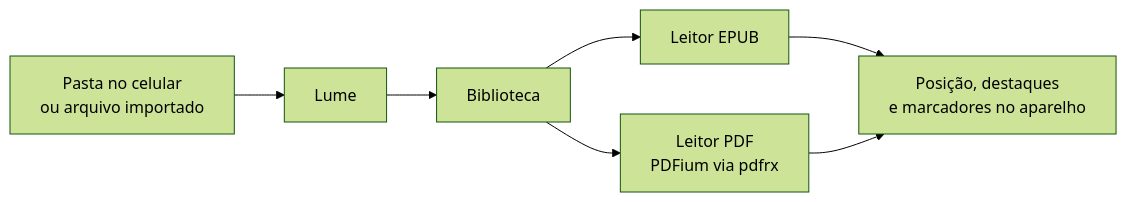
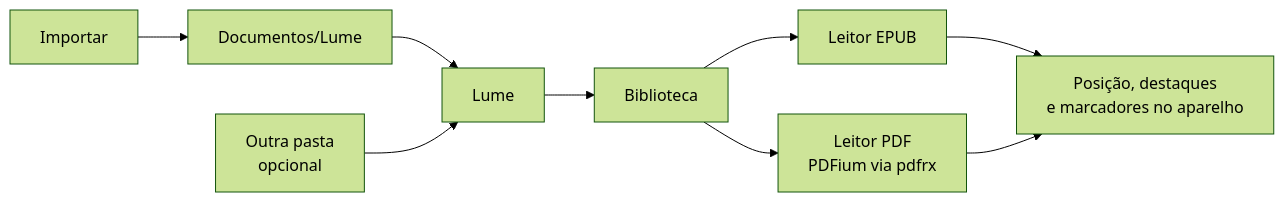
The diagram in README.md (heliorosadoneto/lume), drawn with Mermaid (forest theme) before and after one commit. The commit also changed other lines of this file and 92 other files, not shown here.

First line of the commit message:
Pasta do Lume, Importar vários arquivos, TXT e ícone novo (1.3.0 em aprovação)

````diff
--- a/README.md
+++ b/README.md
@@ -113,9 +159,11 @@
 ```mermaid
 flowchart LR
-  A[Pasta no celular<br>ou arquivo importado] --> B[Lume]
+  I[Importar] --> L[Documentos/Lume]
+  L --> B[Lume]
+  A[Outra pasta<br>opcional] --> B
   B --> C[Biblioteca]
   C --> D[Leitor EPUB]
   C --> P[Leitor PDF<br>PDFium via pdfrx]
   D --> E[Posição, destaques<br>e marcadores no aparelho]
   P --> E
 ```
````
